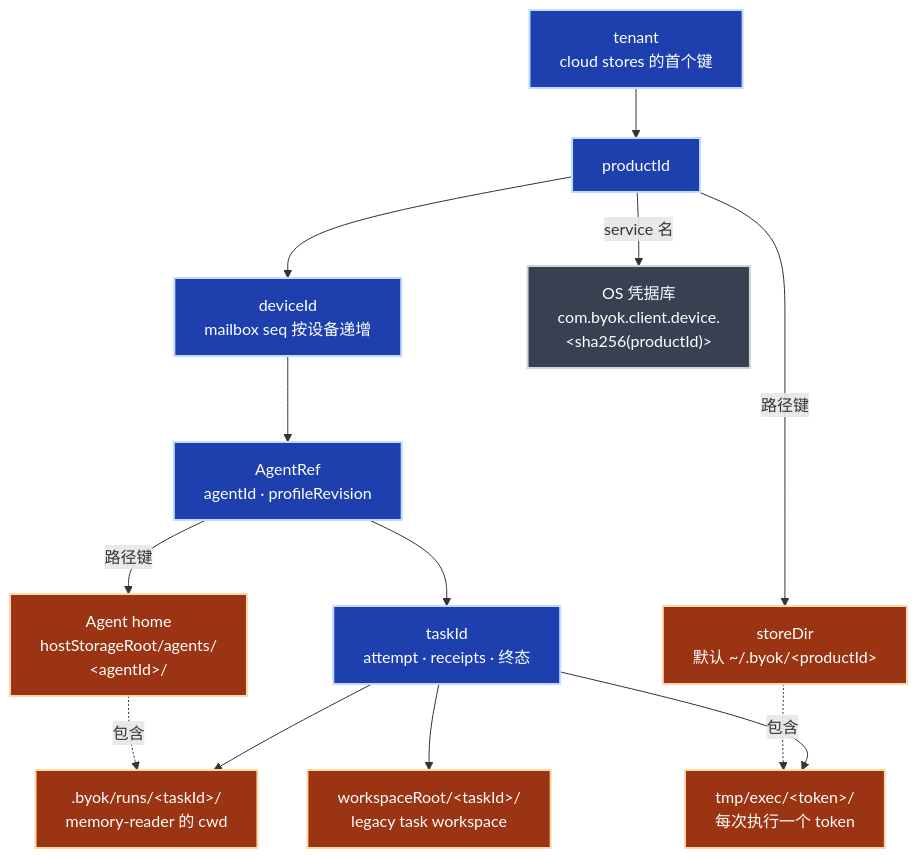
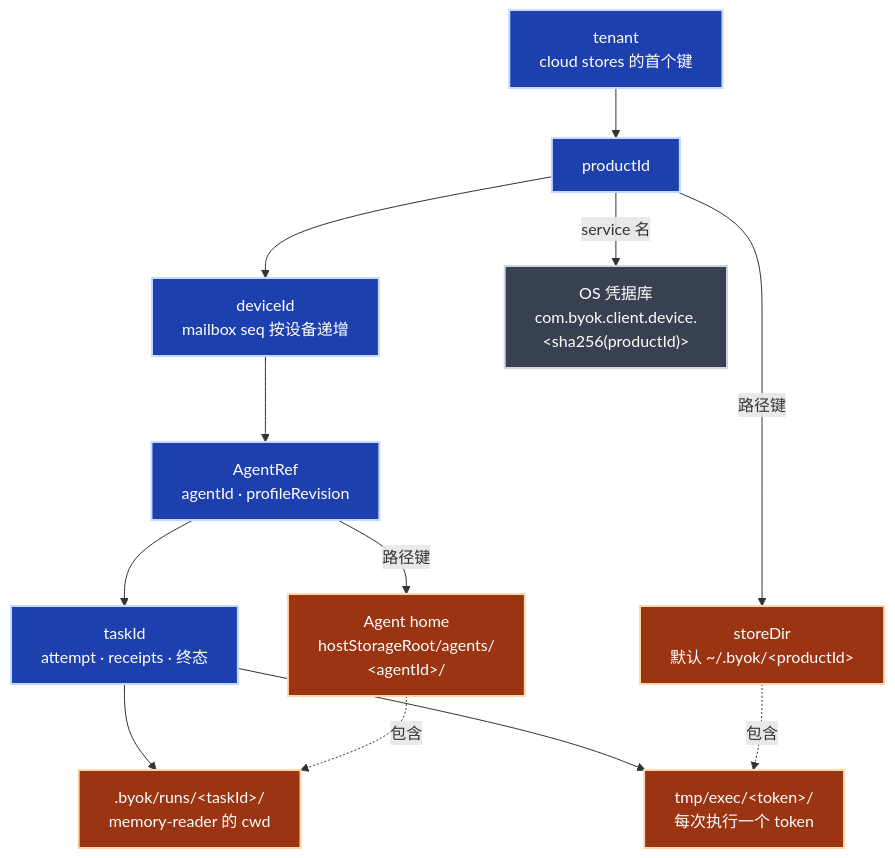
One commit to Ancienttwo/byok-sdk changed the fifth of 7 diagrams in docs/architecture/system-diagrams.md. Above: the diagram before and after it, drawn with Mermaid. The commit also changed other lines of this file and 430 other files, not shown here.

````diff
--- a/docs/architecture/system-diagrams.md
+++ b/docs/architecture/system-diagrams.md
@@ -308,29 +306,27 @@
 ```mermaid
 flowchart TB
   classDef id fill:#1e40af,stroke:#bfdbfe,stroke-width:2px,color:#fff
   classDef fs fill:#9a3412,stroke:#fed7aa,stroke-width:2px,color:#fff
   classDef os fill:#374151,stroke:#d1d5db,stroke-width:2px,color:#fff
 
   Tenant["tenant<br/>cloud stores 的首个键"]:::id
   Product["productId"]:::id
   Device["deviceId<br/>mailbox seq 按设备递增"]:::id
   Agent["AgentRef<br/>agentId · profileRevision"]:::id
   Task["taskId<br/>attempt · receipts · 终态"]:::id
   Tenant --> Product --> Device --> Agent --> Task
 
   Store["storeDir<br/>默认 ~/.byok/&lt;productId&gt;"]:::fs
   Cred["OS 凭据库<br/>com.byok.client.device.<br/>&lt;sha256(productId)&gt;"]:::os
   Home["Agent home<br/>hostStorageRoot/agents/<br/>&lt;agentId&gt;/"]:::fs
   Runs[".byok/runs/&lt;taskId&gt;/<br/>memory-reader 的 cwd"]:::fs
   Exec["tmp/exec/&lt;token&gt;/<br/>每次执行一个 token"]:::fs
-  WS["workspaceRoot/&lt;taskId&gt;/<br/>legacy task workspace"]:::fs
 
   Product -->|"路径键"| Store
   Product -->|"service 名"| Cred
   Agent -->|"路径键"| Home
   Task --> Runs
   Task --> Exec
-  Task --> WS
   Store -.->|"包含"| Exec
   Home -.->|"包含"| Runs
 ```
````
